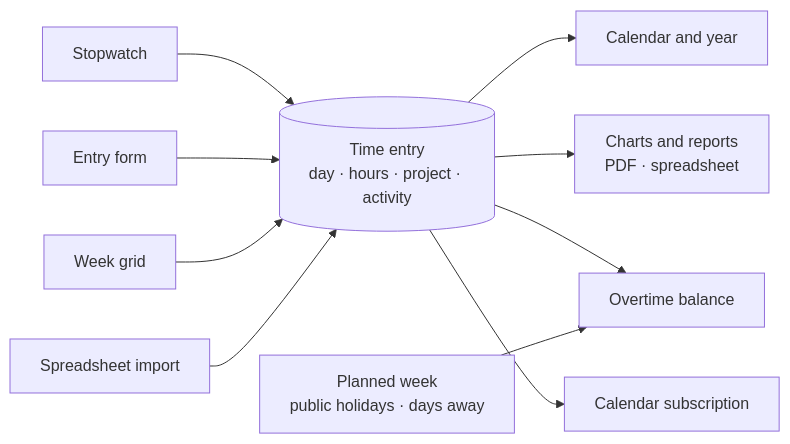
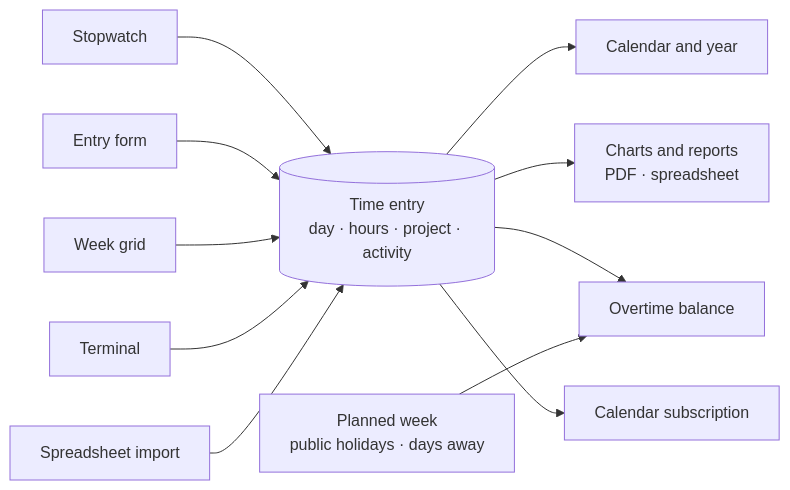
The second of 3 diagrams in README.md (dennis-dko/go-time-recording), drawn with Mermaid before and after one commit. The commit also changed other lines of this file, not shown here.

````diff
--- a/README.md
+++ b/README.md
@@ -172,13 +176,14 @@
 ```mermaid
 flowchart LR
     stopwatch["Stopwatch"] --> entry
     form["Entry form"] --> entry
     grid["Week grid"] --> entry
+    terminal["Terminal"] --> entry
     workbook["Spreadsheet import"] --> entry
     entry[("Time entry<br/>day · hours · project · activity")]
     entry --> calendar["Calendar and year"]
     entry --> figures["Charts and reports<br/>PDF · spreadsheet"]
     entry --> balance["Overtime balance"]
     entry --> feed["Calendar subscription"]
     plan["Planned week<br/>public holidays · days away"] --> balance
 ```
````
